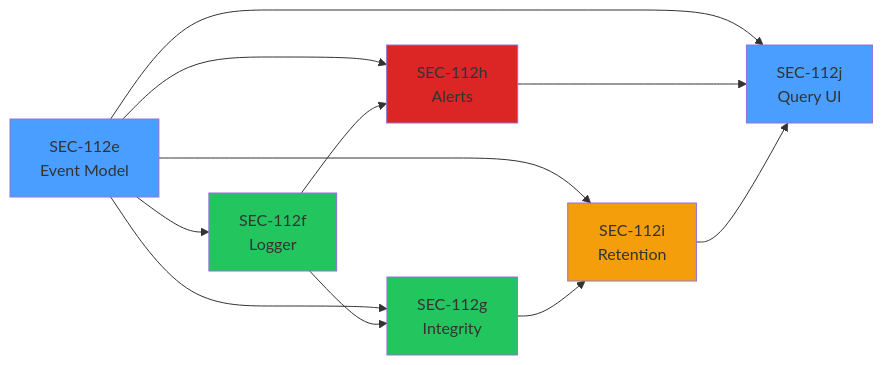
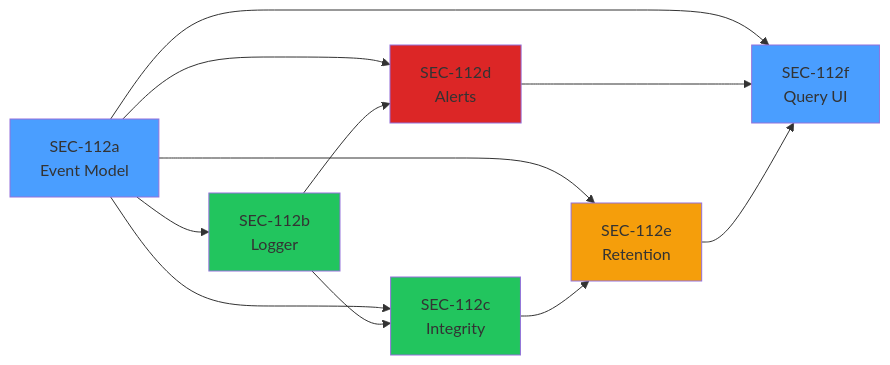
The second of 2 diagrams in docs/specs/v0.11.x/v0.11.2/LCS-DES-v0.11.2-SEC-INDEX.md (southpawriter02/lexichord), drawn with Mermaid before and after one commit. The commit also changed other lines of this file and 74 other files, not shown here.

````diff
--- a/docs/specs/v0.11.x/v0.11.2/LCS-DES-v0.11.2-SEC-INDEX.md
+++ b/docs/specs/v0.11.x/v0.11.2/LCS-DES-v0.11.2-SEC-INDEX.md
@@ -402,27 +402,27 @@
 ```mermaid
 graph LR
-    E["SEC-112e<br/>Event Model"]
-    F["SEC-112f<br/>Logger"]
-    G["SEC-112g<br/>Integrity"]
-    H["SEC-112h<br/>Alerts"]
-    I["SEC-112i<br/>Retention"]
-    J["SEC-112j<br/>Query UI"]
+    A["SEC-112a<br/>Event Model"]
+    B["SEC-112b<br/>Logger"]
+    C["SEC-112c<br/>Integrity"]
+    D["SEC-112d<br/>Alerts"]
+    E["SEC-112e<br/>Retention"]
+    F["SEC-112f<br/>Query UI"]
 
+    A --> B
+    A --> D
+    A --> C
+    A --> E
+    A --> F
+    B --> C
+    B --> D
+    C --> E
+    D --> F
     E --> F
-    E --> H
-    E --> G
-    E --> I
-    E --> J
-    F --> G
-    F --> H
-    G --> I
-    H --> J
-    I --> J
 
-    style E fill:#4a9eff
-    style F fill:#22c55e
-    style G fill:#22c55e
-    style H fill:#dc2626
-    style I fill:#f59e0b
-    style J fill:#4a9eff
+    style A fill:#4a9eff
+    style B fill:#22c55e
+    style C fill:#22c55e
+    style D fill:#dc2626
+    style E fill:#f59e0b
+    style F fill:#4a9eff
 ```
````
